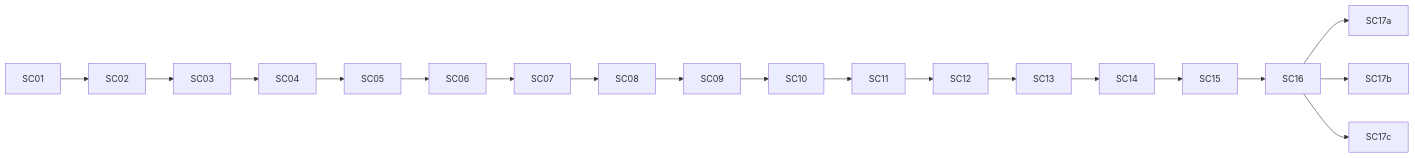
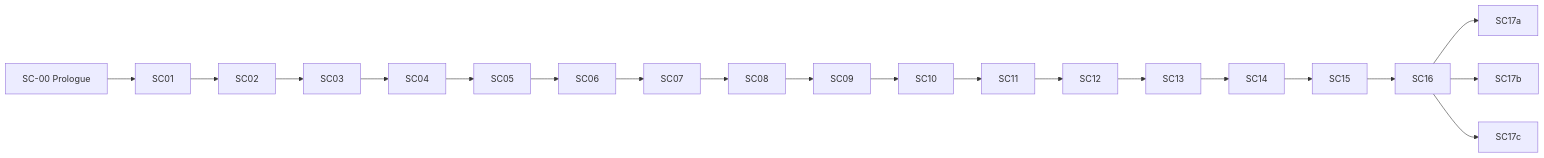
The diagram in docs/STORYBOARD.md (vivivieri/3d-JRPG-adventure-pc-game), drawn with Mermaid before and after one commit. The commit also changed other lines of this file and 18 other files, not shown here.

````diff
--- a/docs/STORYBOARD.md
+++ b/docs/STORYBOARD.md
@@ -229,10 +240,11 @@
 ```mermaid
 flowchart LR
+    SC00[SC-00 Prologue] --> SC01
     SC01 --> SC02 --> SC03 --> SC04 --> SC05
     SC05 --> SC06 --> SC07 --> SC08 --> SC09
     SC09 --> SC10 --> SC11 --> SC12 --> SC13
     SC13 --> SC14 --> SC15 --> SC16
     SC16 --> SC17a
     SC16 --> SC17b
     SC16 --> SC17c
 ```
````
